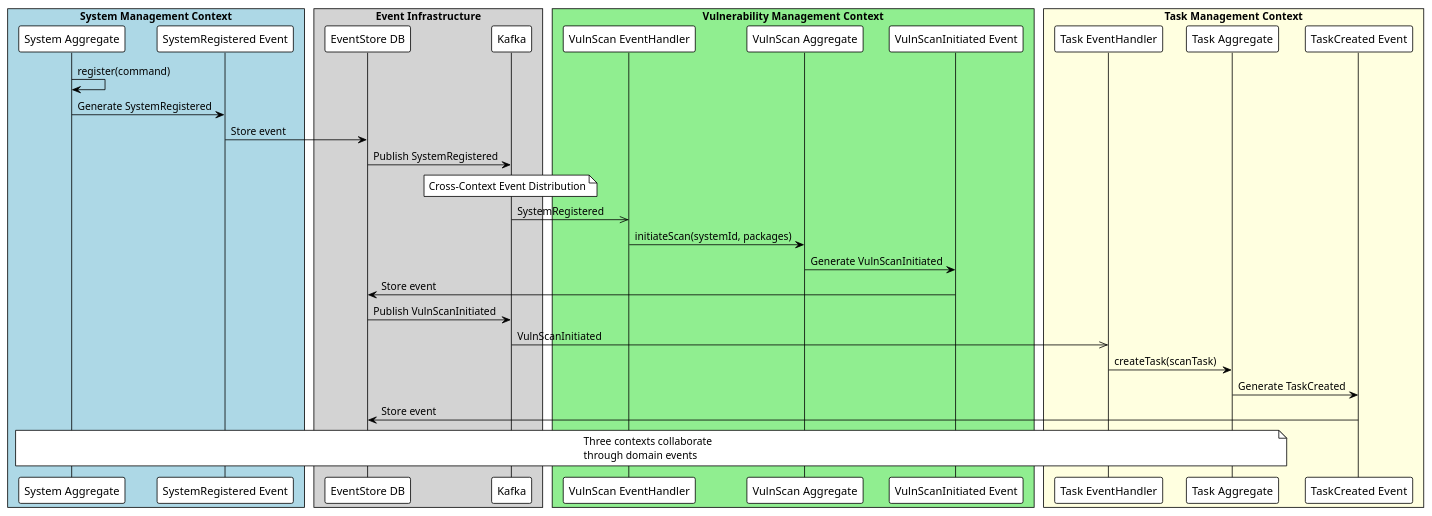
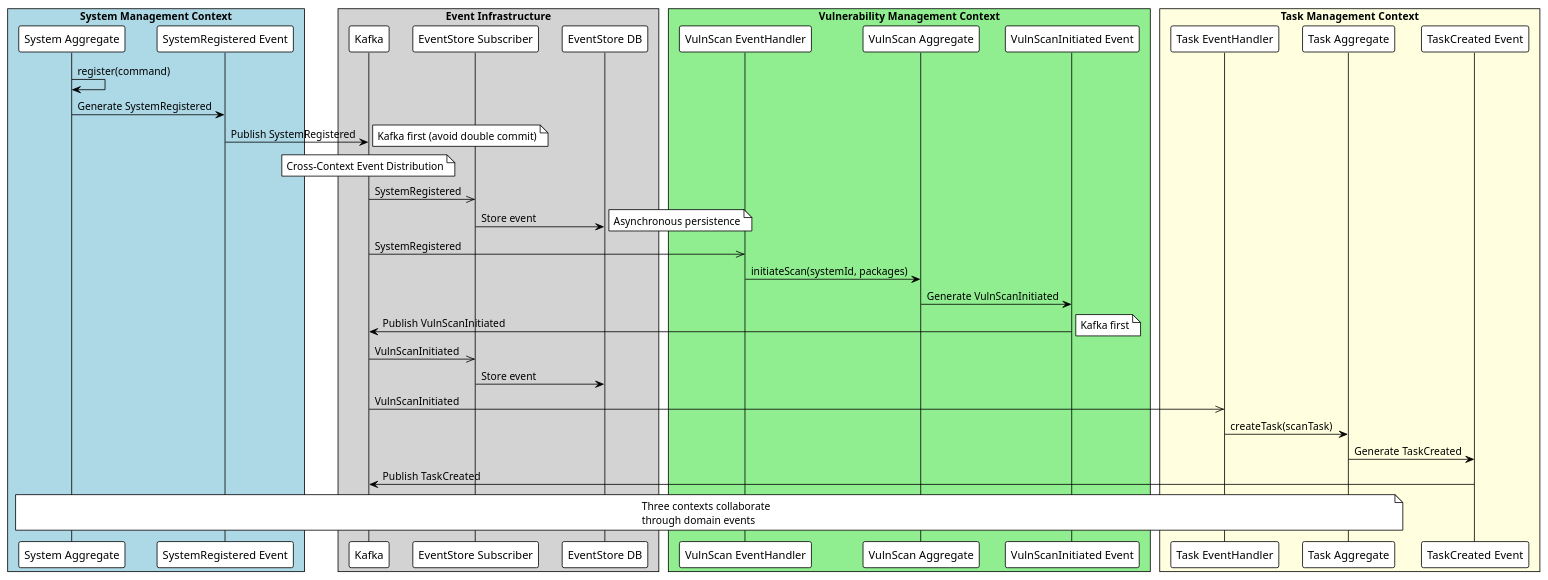
Before and after one commit to masakazu1967/system-board: the second of 3 diagrams in docs/architecture/event-sourcing-cqrs.md, drawn with PlantUML. The commit also changed other lines of this file and 1 other file, not shown here.

````diff
--- a/docs/architecture/event-sourcing-cqrs.md
+++ b/docs/architecture/event-sourcing-cqrs.md
@@ -84,47 +87,55 @@
 ```plantuml
 @startuml cross_context_collaboration
 !theme plain
 
 box "System Management Context" #lightblue
     participant "System Aggregate" as SA
     participant "SystemRegistered Event" as SRE
 end box
 
 box "Event Infrastructure" #lightgray
+    participant "Kafka" as Kafka
+    participant "EventStore Subscriber" as ESub
     participant "EventStore DB" as ES
-    participant "Kafka" as Kafka
 end box
 
 box "Vulnerability Management Context" #lightgreen
     participant "VulnScan EventHandler" as VEH
     participant "VulnScan Aggregate" as VSA
     participant "VulnScanInitiated Event" as VSIE
 end box
 
 box "Task Management Context" #lightyellow
     participant "Task EventHandler" as TEH
     participant "Task Aggregate" as TA
     participant "TaskCreated Event" as TCE
 end box
 
 SA -> SA: register(command)
 SA -> SRE: Generate SystemRegistered
-SRE -> ES: Store event
-ES -> Kafka: Publish SystemRegistered
+SRE -> Kafka: Publish SystemRegistered
+note right: Kafka first (avoid double commit)
 
 note over Kafka: Cross-Context Event Distribution
+
+Kafka ->> ESub: SystemRegistered
+ESub -> ES: Store event
+note right: Asynchronous persistence
 
 Kafka ->> VEH: SystemRegistered
 VEH -> VSA: initiateScan(systemId, packages)
 VSA -> VSIE: Generate VulnScanInitiated
-VSIE -> ES: Store event
-ES -> Kafka: Publish VulnScanInitiated
+VSIE -> Kafka: Publish VulnScanInitiated
+note right: Kafka first
+
+Kafka ->> ESub: VulnScanInitiated
+ESub -> ES: Store event
 
 Kafka ->> TEH: VulnScanInitiated
 TEH -> TA: createTask(scanTask)
 TA -> TCE: Generate TaskCreated
-TCE -> ES: Store event
+TCE -> Kafka: Publish TaskCreated
 
 note over SA,TA: Three contexts collaborate\nthrough domain events
 @enduml
 ```
````
